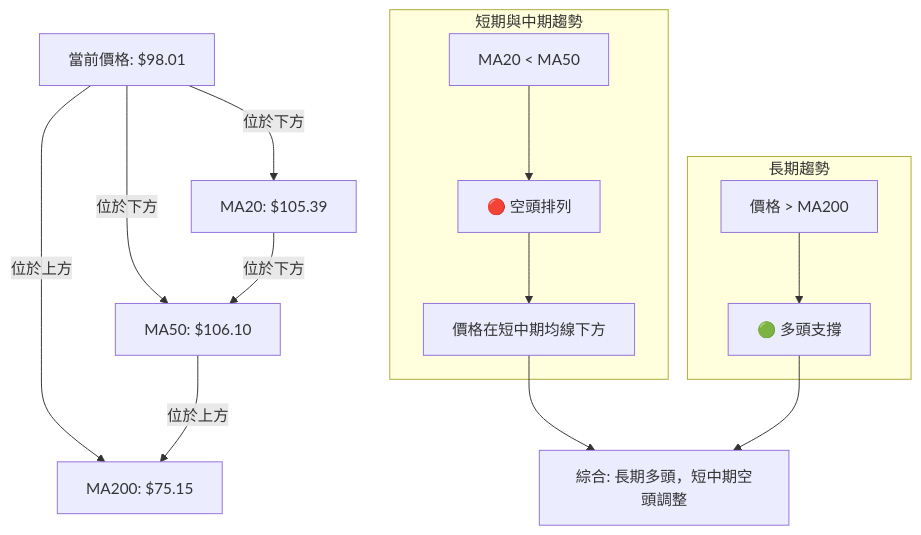
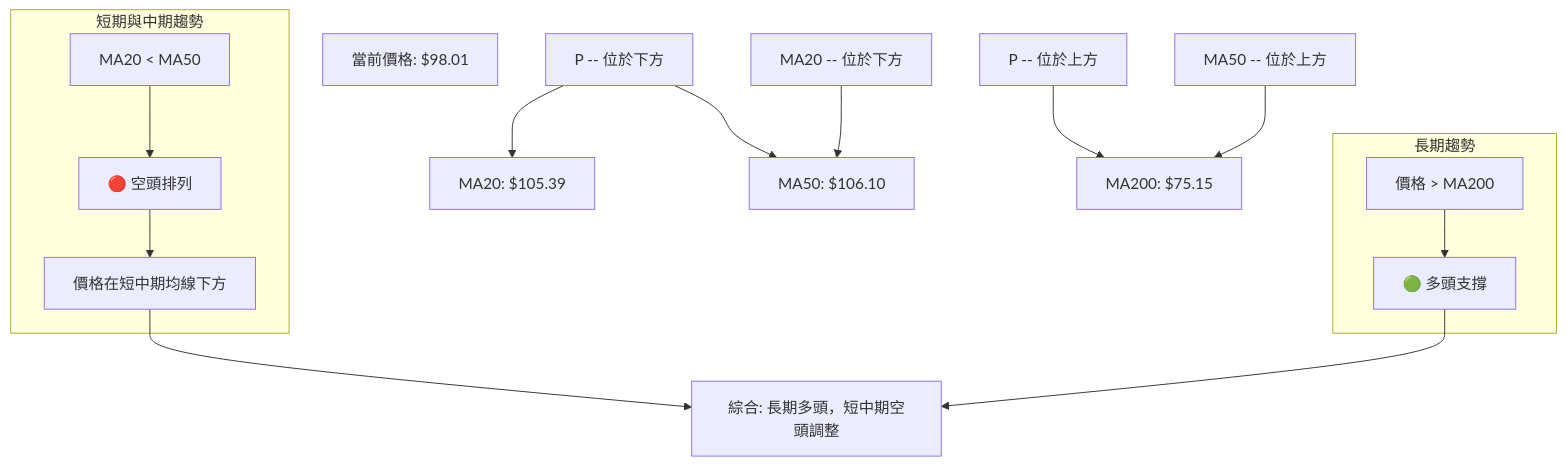
One commit to yennanliu/finance_data changed the seventh of 12 diagrams in ai_gen_report/stock/rklb/technical_analysis_2026-06-30_gemini.md. Above: the diagram before and after it, drawn with Mermaid. The commit also changed other lines of this file and 2258 other files, not shown here.

First line of the commit message:
chore: backfill Mermaid syntax repair across existing reports

````diff
--- a/ai_gen_report/stock/rklb/technical_analysis_2026-06-30_gemini.md
+++ b/ai_gen_report/stock/rklb/technical_analysis_2026-06-30_gemini.md
@@ -470,27 +470,27 @@
 ```mermaid
 graph TD
-    P[當前價格: $98.01]
+    P["當前價格: $98.01"]
 
-    MA20[MA20: $105.39]
-    MA50[MA50: $106.10]
-    MA200[MA200: $75.15]
+    MA20["MA20: $105.39"]
+    MA50["MA50: $106.10"]
+    MA200["MA200: $75.15"]
 
-    P -- 位於下方 --> MA20
-    P -- 位於下方 --> MA50
-    P -- 位於上方 --> MA200
+    nb1["P -- 位於下方"] --> MA20
+    nb1["P -- 位於下方"] --> MA50
+    nb2["P -- 位於上方"] --> MA200
 
-    MA20 -- 位於下方 --> MA50
-    MA50 -- 位於上方 --> MA200
+    nb3["MA20 -- 位於下方"] --> MA50
+    nb4["MA50 -- 位於上方"] --> MA200
 
     subgraph 短期與中期趨勢
-        MA20_STATUS[MA20 < MA50] --> MA_BEAR[🔴 空頭排列]
-        MA_BEAR --> PRICE_BELOW_MA[價格在短中期均線下方]
+        MA20_STATUS["MA20 < MA50"] --> MA_BEAR["🔴 空頭排列"]
+        MA_BEAR --> PRICE_BELOW_MA["價格在短中期均線下方"]
     end
 
     subgraph 長期趨勢
-        MA200_STATUS[價格 > MA200] --> MA_BULL[🟢 多頭支撐]
+        MA200_STATUS["價格 > MA200"] --> MA_BULL["🟢 多頭支撐"]
     end
 
-    PRICE_BELOW_MA --> OVERALL_MA_TREND[綜合: 長期多頭，短中期空頭調整]
+    PRICE_BELOW_MA --> OVERALL_MA_TREND["綜合: 長期多頭，短中期空頭調整"]
     MA_BULL --> OVERALL_MA_TREND
 ```
````
